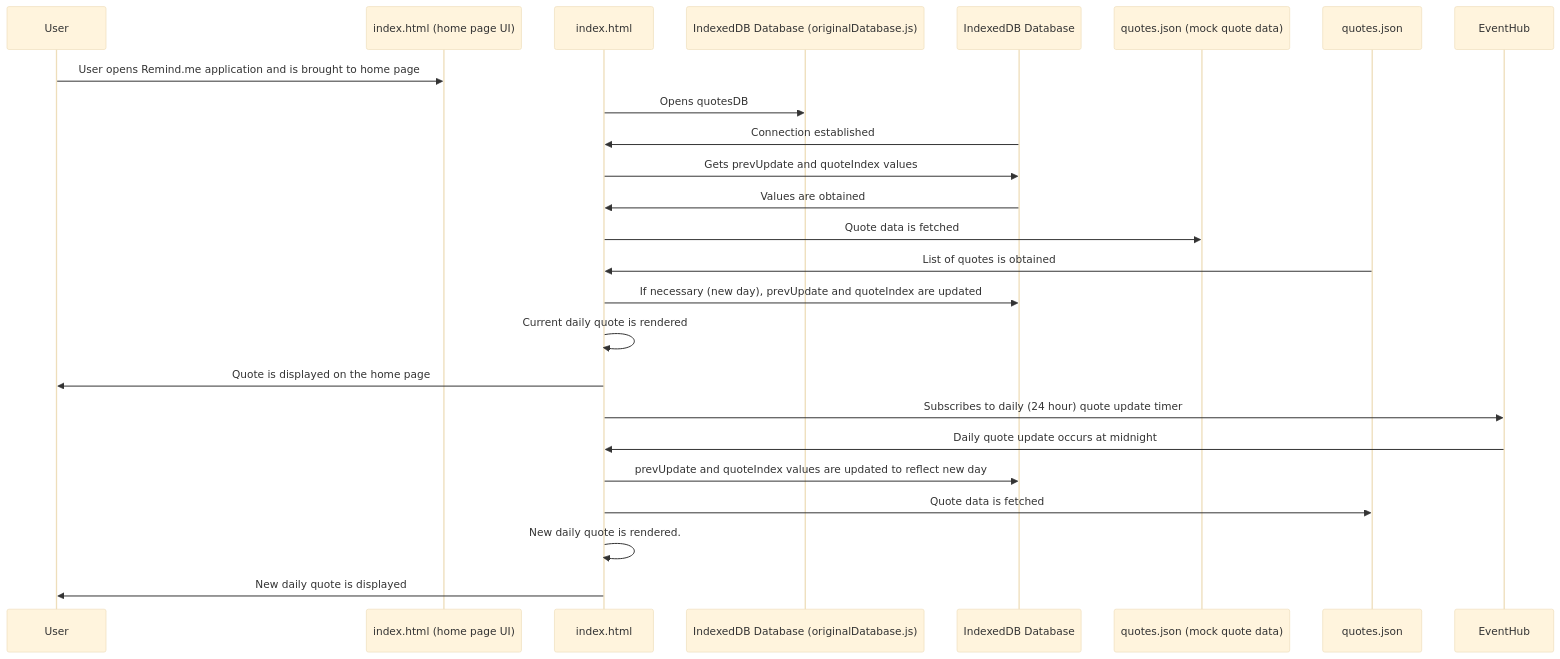
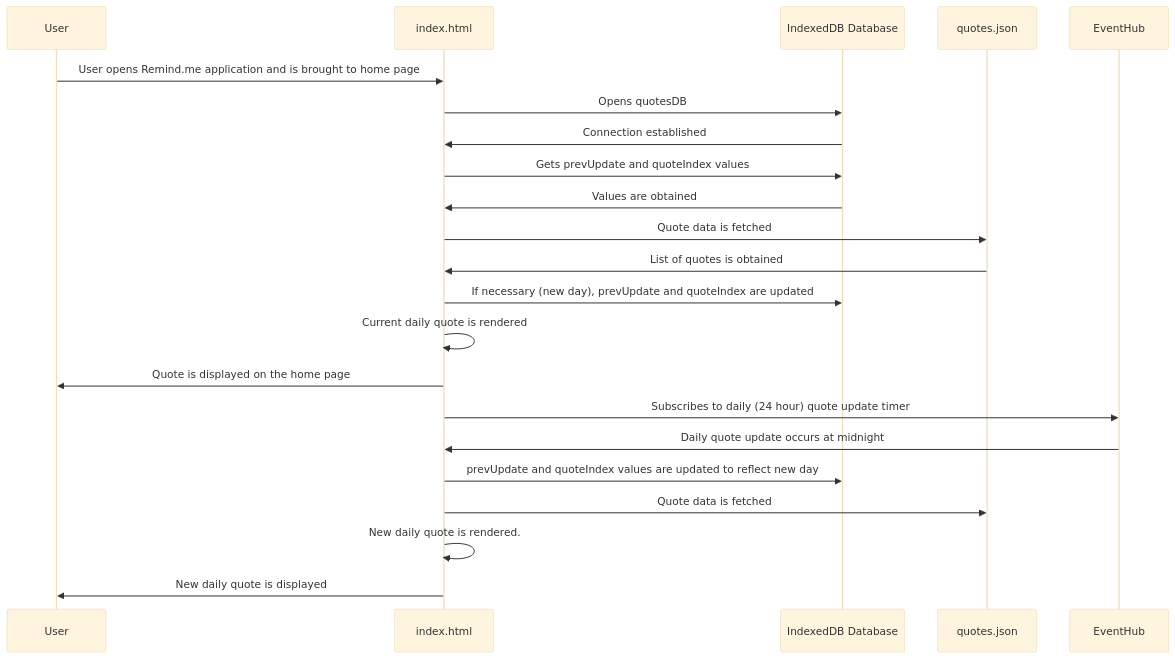
One commit to lucyzhang04/326Project changed the diagram in team/m3/cynthia-rajeshkanna/feature-sequence-diagram.md. Above: the diagram before and after it, drawn with Mermaid (base theme). The commit also changed other lines of this file, not shown here.

Commit message:
Update feature-sequence-diagram.md - Cynthia

````diff
--- a/team/m3/cynthia-rajeshkanna/feature-sequence-diagram.md
+++ b/team/m3/cynthia-rajeshkanna/feature-sequence-diagram.md
@@ -6,19 +6,19 @@
 ```mermaid
 sequenceDiagram 
-    User ->> index.html (home page UI): User opens Remind.me application and is brought to home page
-    index.html ->> IndexedDB Database (originalDatabase.js): Opens quotesDB
+    User ->> index.html: User opens Remind.me application and is brought to home page
+    index.html ->> IndexedDB Database: Opens quotesDB
     IndexedDB Database ->> index.html: Connection established
     index.html ->> IndexedDB Database: Gets prevUpdate and quoteIndex values
     IndexedDB Database ->> index.html: Values are obtained
-    index.html ->> quotes.json (mock quote data): Quote data is fetched
+    index.html ->> quotes.json: Quote data is fetched
     quotes.json ->> index.html: List of quotes is obtained
     index.html ->> IndexedDB Database: If necessary (new day), prevUpdate and quoteIndex are updated
     index.html ->> index.html: Current daily quote is rendered
     index.html ->> User: Quote is displayed on the home page
     index.html ->> EventHub: Subscribes to daily (24 hour) quote update timer
     EventHub ->> index.html: Daily quote update occurs at midnight
     index.html ->> IndexedDB Database: prevUpdate and quoteIndex values are updated to reflect new day
     index.html ->> quotes.json: Quote data is fetched
     index.html ->> index.html: New daily quote is rendered.
     index.html ->> User: New daily quote is displayed
 ```
````
